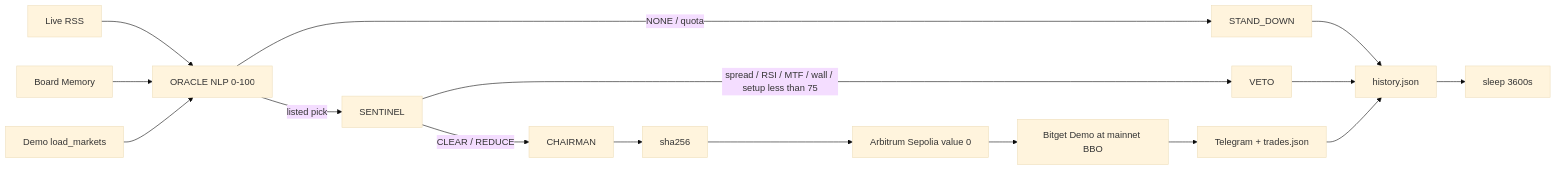
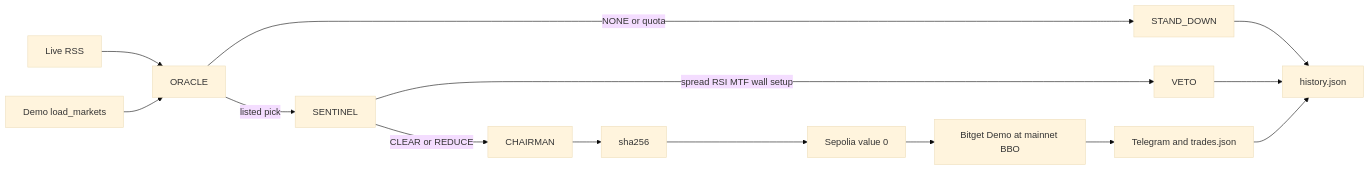
The diagram in README.md (jubayir-hub-69/Chronos-Nexus), drawn with Mermaid (base theme) before and after one commit. The commit also changed other lines of this file and 10 other files, not shown here.

````diff
--- a/README.md
+++ b/README.md
@@ -243,18 +83,16 @@
 ```mermaid
 flowchart LR
-    R[Live RSS] --> O[ORACLE NLP 0-100]
-    M[Board Memory] --> O
+    R[Live RSS] --> O[ORACLE]
     U[Demo load_markets] --> O
-    O -->|NONE / quota| SD[STAND_DOWN]
+    O -->|NONE or quota| SD[STAND_DOWN]
     O -->|listed pick| S[SENTINEL]
-    S -->|spread / RSI / MTF / wall / setup less than 75| V[VETO]
-    S -->|CLEAR / REDUCE| C[CHAIRMAN]
+    S -->|spread RSI MTF wall setup| V[VETO]
+    S -->|CLEAR or REDUCE| C[CHAIRMAN]
     C --> H[sha256]
-    H --> A[Arbitrum Sepolia value 0]
+    H --> A[Sepolia value 0]
     A --> B[Bitget Demo at mainnet BBO]
-    B --> T[Telegram + trades.json]
+    B --> T[Telegram and trades.json]
     SD --> L[history.json]
     V --> L
     T --> L
-    L --> Z[sleep 3600s]
 ```
````
